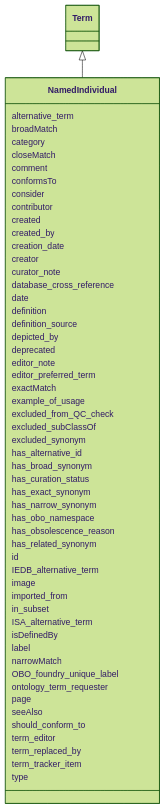
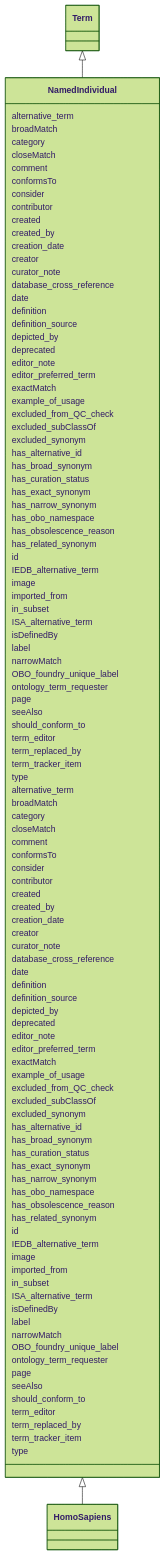
Before and after one commit to INCATools/ontology-access-kit: the diagram in docs/datamodels/ontology-metadata/NamedIndividual.md, drawn with Mermaid (forest theme). The commit also changed other lines of this file and 517 other files, not shown here.

````diff
--- a/docs/datamodels/ontology-metadata/NamedIndividual.md
+++ b/docs/datamodels/ontology-metadata/NamedIndividual.md
@@ -11,5 +10,6 @@
 ```{mermaid}
  classDiagram
+    class NamedIndividual
       Term <|-- NamedIndividual
       
       NamedIndividual : alternative_term
@@ -66,4 +66,59 @@
       NamedIndividual : type
       
 
+      NamedIndividual <|-- HomoSapiens
+      
+      NamedIndividual : alternative_term
+      NamedIndividual : broadMatch
+      NamedIndividual : category
+      NamedIndividual : closeMatch
+      NamedIndividual : comment
+      NamedIndividual : conformsTo
+      NamedIndividual : consider
+      NamedIndividual : contributor
+      NamedIndividual : created
+      NamedIndividual : created_by
+      NamedIndividual : creation_date
+      NamedIndividual : creator
+      NamedIndividual : curator_note
+      NamedIndividual : database_cross_reference
+      NamedIndividual : date
+      NamedIndividual : definition
+      NamedIndividual : definition_source
+      NamedIndividual : depicted_by
+      NamedIndividual : deprecated
+      NamedIndividual : editor_note
+      NamedIndividual : editor_preferred_term
+      NamedIndividual : exactMatch
+      NamedIndividual : example_of_usage
+      NamedIndividual : excluded_from_QC_check
+      NamedIndividual : excluded_subClassOf
+      NamedIndividual : excluded_synonym
+      NamedIndividual : has_alternative_id
+      NamedIndividual : has_broad_synonym
+      NamedIndividual : has_curation_status
+      NamedIndividual : has_exact_synonym
+      NamedIndividual : has_narrow_synonym
+      NamedIndividual : has_obo_namespace
+      NamedIndividual : has_obsolescence_reason
+      NamedIndividual : has_related_synonym
+      NamedIndividual : id
+      NamedIndividual : IEDB_alternative_term
+      NamedIndividual : image
+      NamedIndividual : imported_from
+      NamedIndividual : in_subset
+      NamedIndividual : ISA_alternative_term
+      NamedIndividual : isDefinedBy
+      NamedIndividual : label
+      NamedIndividual : narrowMatch
+      NamedIndividual : OBO_foundry_unique_label
+      NamedIndividual : ontology_term_requester
+      NamedIndividual : page
+      NamedIndividual : seeAlso
+      NamedIndividual : should_conform_to
+      NamedIndividual : term_editor
+      NamedIndividual : term_replaced_by
+      NamedIndividual : term_tracker_item
+      NamedIndividual : type
+      
 ```
````
